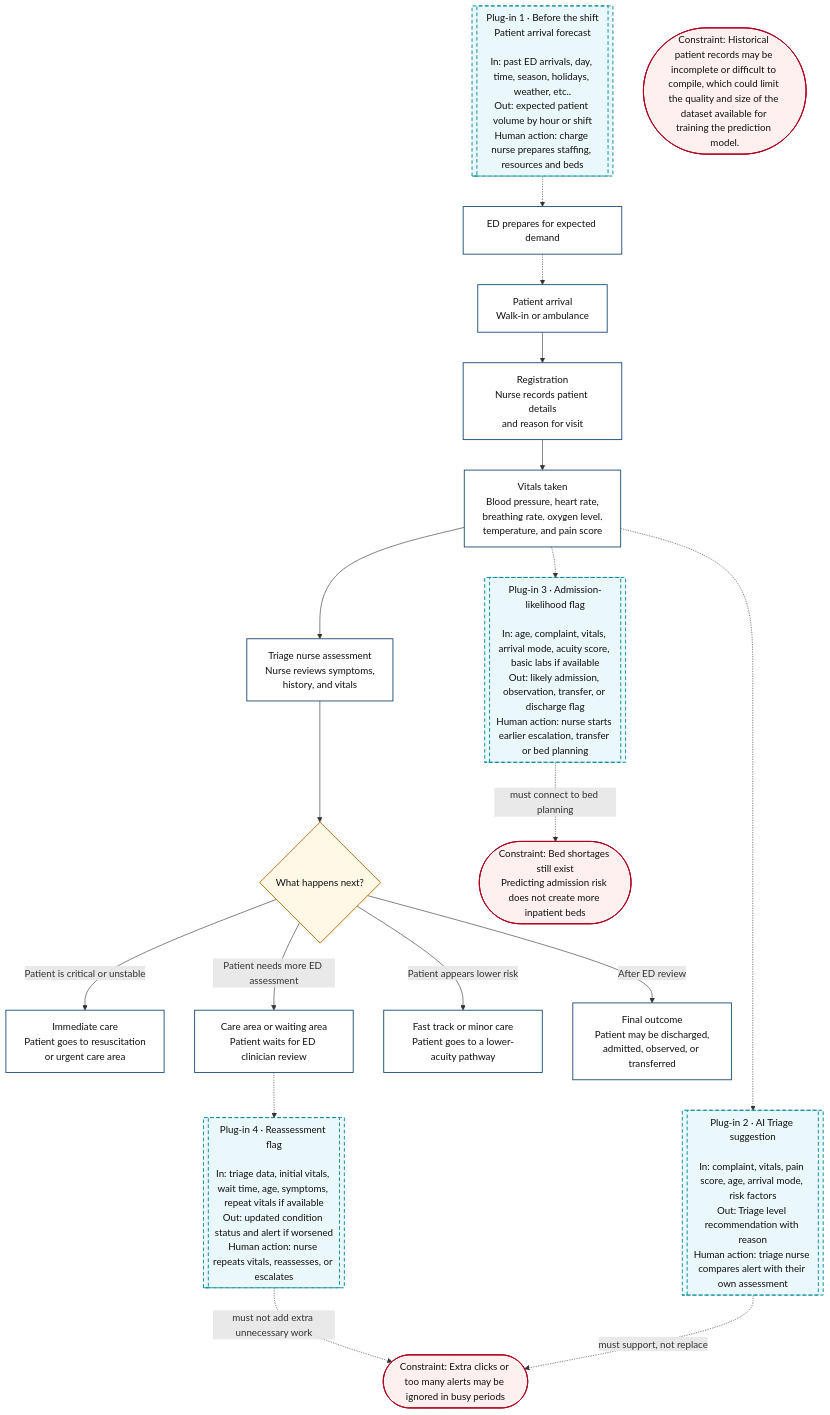
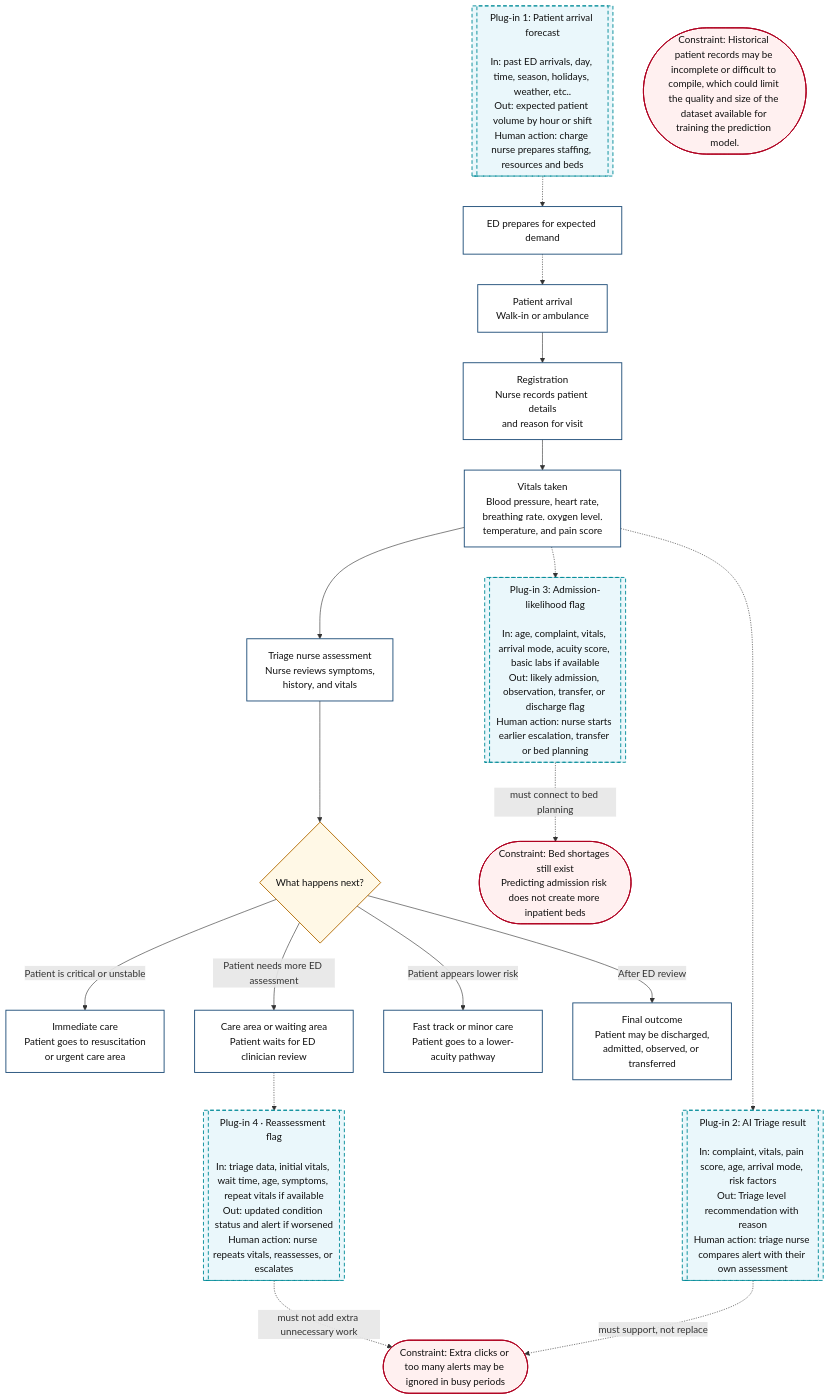
Before and after one commit to tinadams/carisurg-portfolio: the diagram in docs/week_3_workflow.md, drawn with Mermaid.

Commit message:
Refactor AI plug-in descriptions for clarity

````diff
--- a/docs/week_3_workflow.md
+++ b/docs/week_3_workflow.md
@@ -1,55 +1,55 @@
 ```mermaid
 flowchart TD
 
 A[Patient arrival<br/>Walk-in or ambulance] --> B[Registration<br/>Nurse records patient details<br/>and reason for visit]
 
 B --> C[Vitals taken<br/>Blood pressure, heart rate,<br/>breathing rate, oxygen level,<br/>temperature, and pain score]
 
 C --> D[Triage nurse assessment<br/>Nurse reviews symptoms,<br/>history, and vitals]
 
 D --> E{What happens next?}
 
 E -->|Patient is critical or unstable| F[Immediate care<br/>Patient goes to resuscitation<br/>or urgent care area]
 
 E -->|Patient needs more ED assessment| G[Care area or waiting area<br/>Patient waits for ED clinician review]
 
 E -->|Patient appears lower risk| H[Fast track or minor care<br/>Patient goes to a lower-acuity pathway]
 
 E -->|After ED review| I[Final outcome<br/>Patient may be discharged,<br/>admitted, observed, or transferred]
 
-AI1[[Plug-in 1 · Before the shift<br/>Patient arrival forecast<br/><br/>In: past ED arrivals, day, time, season, holidays, weather, etc..<br/>Out: expected patient volume by hour or shift<br/>Human action: charge nurse prepares staffing, resources and beds]]
+AI1[[Plug-in 1: Patient arrival forecast<br/><br/>In: past ED arrivals, day, time, season, holidays, weather, etc..<br/>Out: expected patient volume by hour or shift<br/>Human action: charge nurse prepares staffing, resources and beds]]
 
-AI2[[Plug-in 2 · AI Triage suggestion<br/><br/>In: complaint, vitals, pain score, age, arrival mode, risk factors<br/>Out: Triage level recommendation with reason<br/>Human action: triage nurse compares alert with their own assessment]]
+AI2[[Plug-in 2: AI Triage result<br/><br/>In: complaint, vitals, pain score, age, arrival mode, risk factors<br/>Out: Triage level recommendation with reason<br/>Human action: triage nurse compares alert with their own assessment]]
 
-AI3[[Plug-in 3 · Admission-likelihood flag<br/><br/>In: age, complaint, vitals, arrival mode, acuity score, basic labs if available<br/>Out: likely admission, observation, transfer, or discharge flag<br/>Human action: nurse starts earlier escalation, transfer or bed planning]]
+AI3[[Plug-in 3: Admission-likelihood flag<br/><br/>In: age, complaint, vitals, arrival mode, acuity score, basic labs if available<br/>Out: likely admission, observation, transfer, or discharge flag<br/>Human action: nurse starts earlier escalation, transfer or bed planning]]
 
 AI4[[Plug-in 4 · Reassessment flag<br/><br/>In: triage data, initial vitals, wait time, age, symptoms, repeat vitals if available<br/>Out: updated condition status and alert if worsened<br/>Human action: nurse repeats vitals, reassesses, or escalates]]
 
 PRE[ED prepares for expected demand]
 
 AI1 -.-> PRE
 PRE -.-> A
 C -.-> AI3
 C -.-> AI2
 G -.-> AI4
 
 C1([Constraint: Historical patient records may be incomplete or difficult to compile, which could limit the quality and size of the dataset available for training the prediction model.])
 
 C2([Constraint: Extra clicks or too many alerts may be ignored in busy periods])
 
 C3([Constraint: Bed shortages still exist<br/>Predicting admission risk does not create more inpatient beds])
 
 AI2 -. must support, not replace .-> C2
 AI3 -. must connect to bed planning .-> C3
 AI4 -. must not add extra unnecessary work.-> C2
 
 classDef process fill:#ffffff,stroke:#1f4e79,stroke-width:1.5px,color:#111;
 classDef decision fill:#fff8e6,stroke:#b36b00,stroke-width:1.5px,color:#111;
 classDef ai fill:#eaf7fb,stroke:#008c99,stroke-width:1.5px,stroke-dasharray: 6 4,color:#111;
 classDef constraint fill:#fff0f0,stroke:#b00020,stroke-width:1.5px,color:#111;
 
 class A,B,C,D,F,G,H,I,PRE process;
 class E decision;
 class AI1,AI2,AI3,AI4 ai;
 class C1,C2,C3 constraint;
 ```
````
